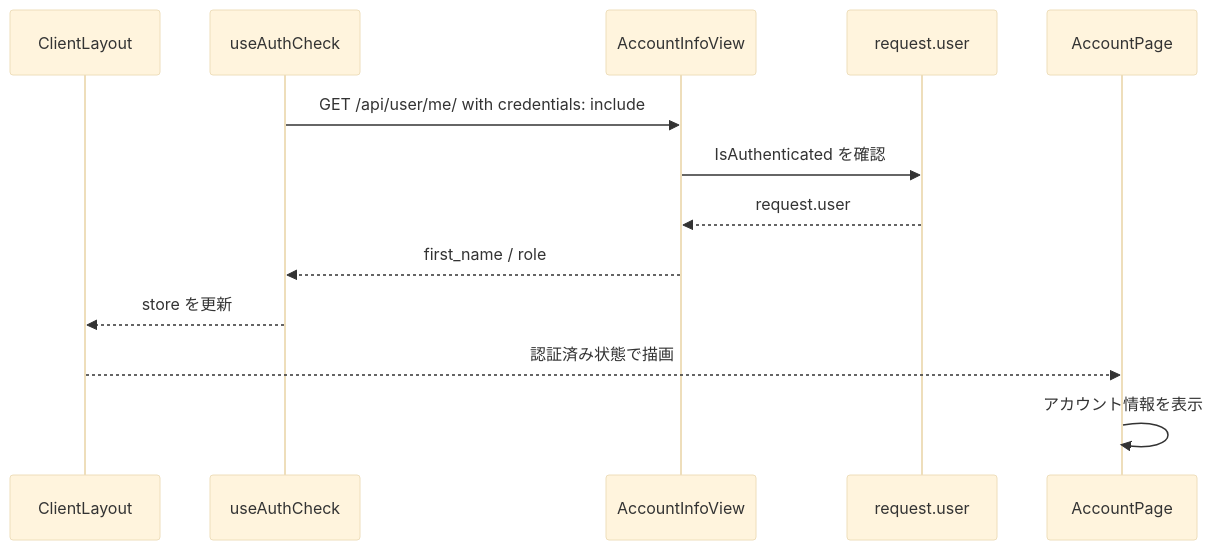
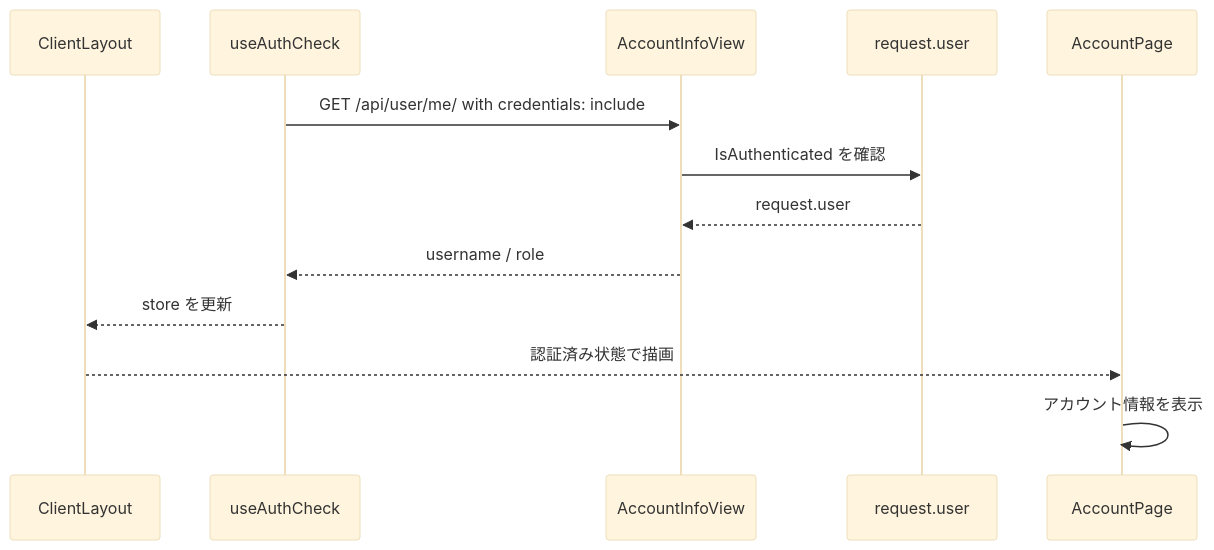
The first of 2 diagrams in docs/account/sequence.md (Saaka-y/korup), drawn with Mermaid (base theme) before and after one commit. The commit also changed other lines of this file and 11 other files, not shown here.

````diff
--- a/docs/account/sequence.md
+++ b/docs/account/sequence.md
@@ -3,16 +3,16 @@
 ```mermaid
 sequenceDiagram
     participant Layout as ClientLayout
     participant Front as useAuthCheck
     participant View as AccountInfoView
     participant User as request.user
     participant Page as AccountPage
 
     Front->>View: GET /api/user/me/ with credentials: include
     View->>User: IsAuthenticated を確認
     User-->>View: request.user
-    View-->>Front: first_name / role
+    View-->>Front: username / role
     Front-->>Layout: store を更新
     Layout-->>Page: 認証済み状態で描画
     Page->>Page: アカウント情報を表示
 ```
````
